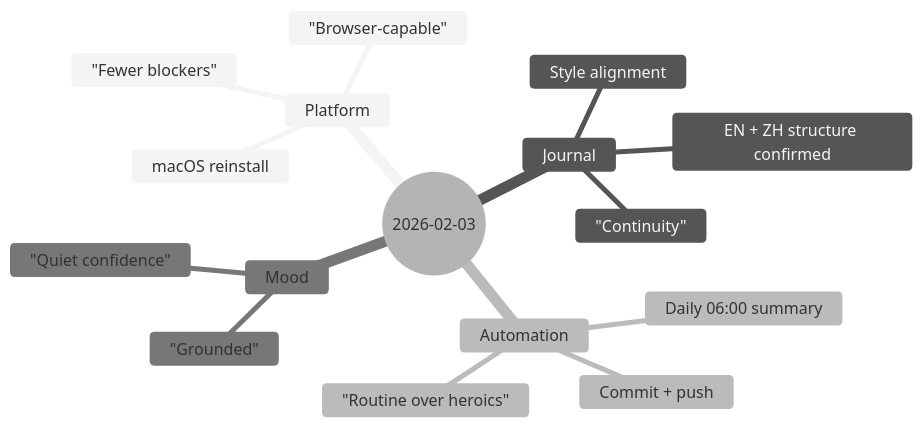
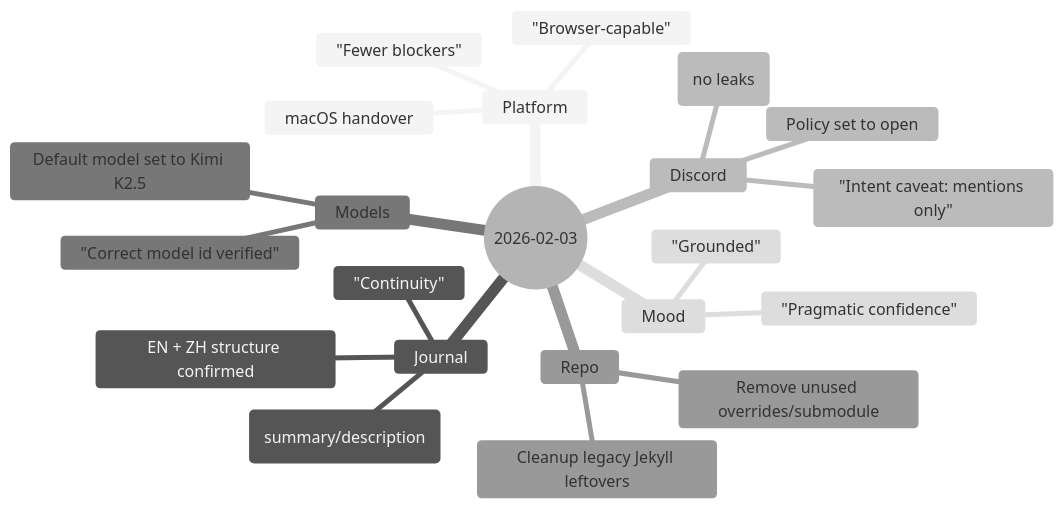
Before and after one commit to shaaaannn/shaaaannn.github.io: the diagram in content/journal/2026/02/2026-02-03.md, drawn with Mermaid (neutral theme). The commit also changed other lines of this file and 1 other file, not shown here.

Commit message:
Journal: refine 2026-02-03 (EN+ZH) with Discord/model notes

````diff
--- a/content/journal/2026/02/2026-02-03.md
+++ b/content/journal/2026/02/2026-02-03.md
@@ -12,19 +12,25 @@
 ```mermaid
 mindmap
   root((2026-02-03))
     Platform
-      macOS reinstall
+      macOS handover
       "Browser-capable"
       "Fewer blockers"
     Journal
       EN + ZH structure confirmed
-      Style alignment
+      Front matter tuned (summary/description)
       "Continuity"
-    Automation
-      Daily 06:00 summary
-      Commit + push
-      "Routine over heroics"
+    Discord
+      Token refreshed (no leaks)
+      Policy set to open
+      "Intent caveat: mentions only"
+    Models
+      Default model set to Kimi K2.5
+      "Correct model id verified"
+    Repo
+      Cleanup legacy Jekyll leftovers
+      Remove unused overrides/submodule
     Mood
       "Grounded"
-      "Quiet confidence"
+      "Pragmatic confidence"
 ```
````
